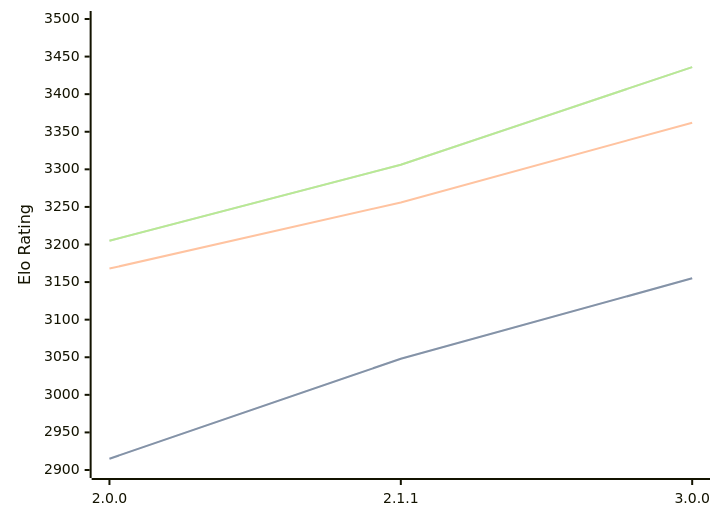
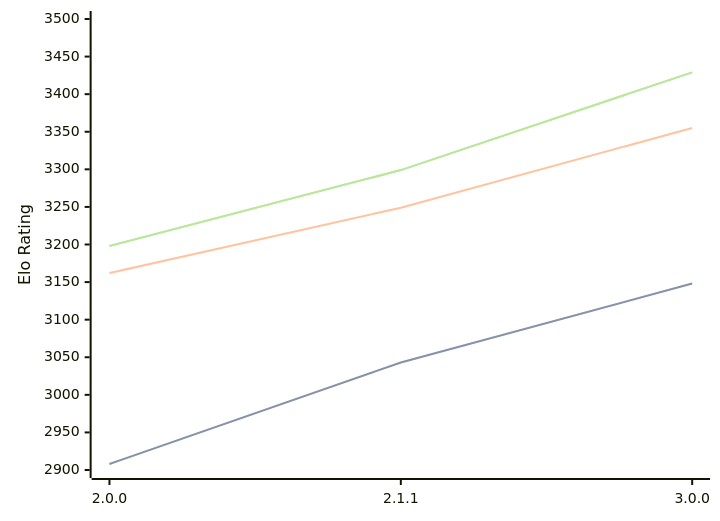
The diagram in engines/Bread.md (computer-chess-index/cci), drawn with Mermaid before and after one commit. The commit also changed other lines of this file, not shown here.

Commit message:
Update CCI Ratings (ELO VLTC) - 2026-05-18

````diff
--- a/engines/Bread.md
+++ b/engines/Bread.md
@@ -51,11 +51,11 @@
 ```mermaid
 %%{init: {"theme":"base","themeVariables":{"seriesColors:['#a3a3a3','#222221','#faa371']}}}%%
 xychart-beta
   x-axis ["2.0.0", "2.1.1", "3.0.0"]
   y-axis "Elo Rating" 2900 --> 3500
-  line "STC (8.0+0.08s)" [2915, 3048, 3155]
-  line "STC (8.0+0.08s)" [2915, 3048, 3155]
-  line "LTC (60.0+0.60s)" [3168, 3256, 3362]
-  line "VLTC (2m24s+1.12s)" [3205, 3306, 3436]
-  line "VLTC (2m24s+1.12s)" [3205, 3306, 3436]
+  line "STC (8.0+0.08s)" [2908, 3043, 3148]
+  line "STC (8.0+0.08s)" [2908, 3043, 3148]
+  line "LTC (60.0+0.60s)" [3162, 3249, 3355]
+  line "VLTC (2m24s+1.12s)" [3198, 3299, 3429]
+  line "VLTC (2m24s+1.12s)" [3198, 3299, 3429]
 ```
````
